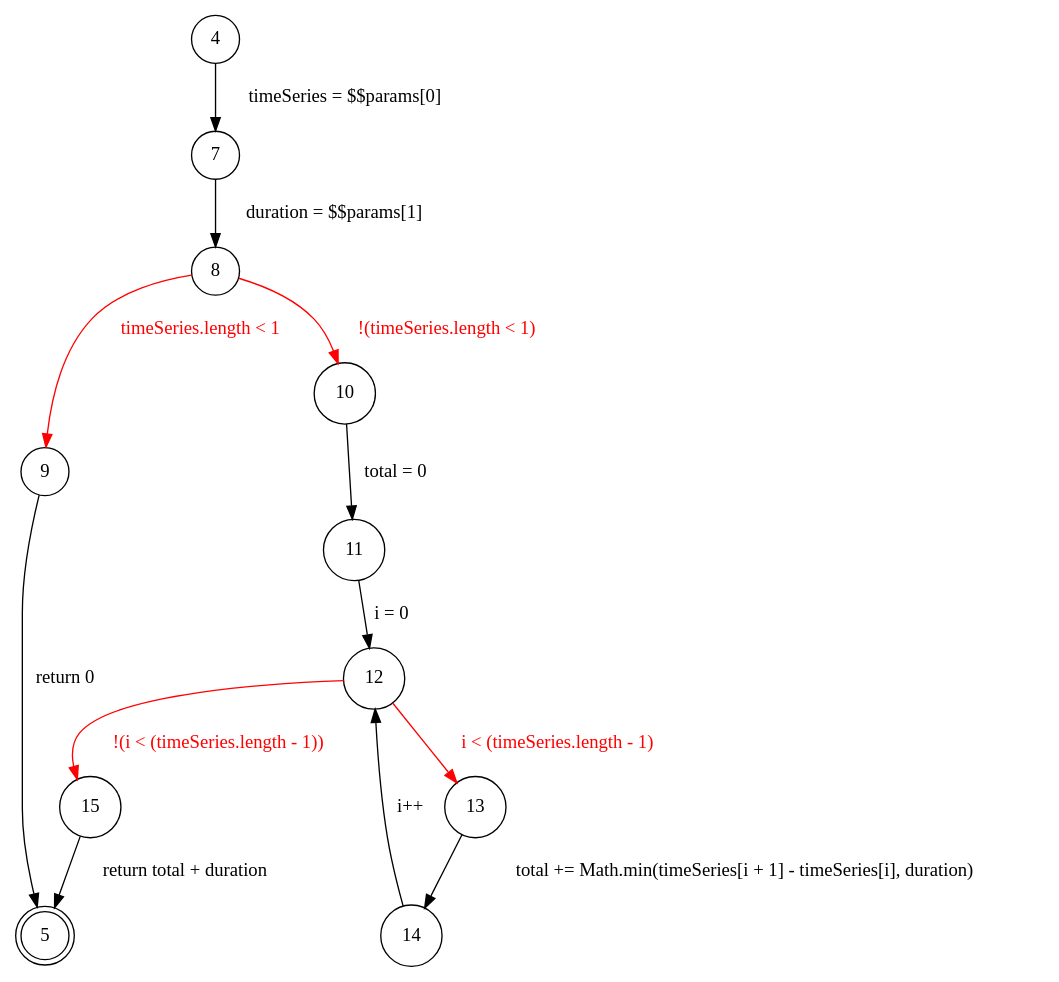
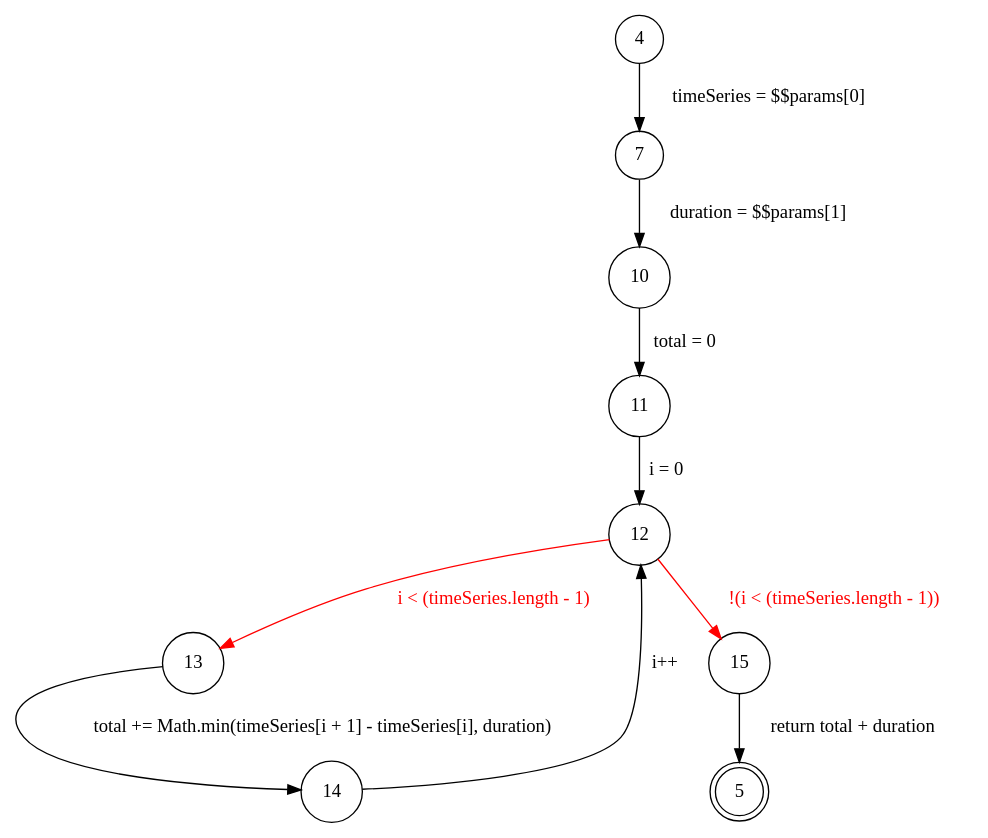
One commit to PolinaShneider/cfg-javascript changed the diagram in output.gv. Above: the diagram before and after it, drawn with Graphviz. The commit also changed 6 other files, not shown here.

```diff
--- a/output.gv
+++ b/output.gv
@@ -1,22 +1,19 @@
 // $$func1
 digraph control_flow_graph {
     node [shape = doublecircle] 5
     node [shape = circle]
     
     // Unconditional edges
     4 -> 7 [label = " timeSeries = $$params[0]"]
-    7 -> 8 [label = " duration = $$params[1]"]
-    9 -> 5 [label = " return 0"]
+    7 -> 10 [label = " duration = $$params[1]"]
     10 -> 11 [label = " total = 0"]
     11 -> 12 [label = " i = 0"]
     13 -> 14 [label = " total += Math.min(timeSeries[i + 1] - timeSeries[i], duration)"]
     14 -> 12 [label = " i++"]
     15 -> 5 [label = " return total + duration"]
     
     // Conditional edges
     edge [color = red, fontcolor = red]
-    8 -> 9 [label = " timeSeries.length < 1"]
-    8 -> 10 [label = " !(timeSeries.length < 1)"]
     12 -> 13 [label = " i < (timeSeries.length - 1)"]
     12 -> 15 [label = " !(i < (timeSeries.length - 1))"]
 }
```
